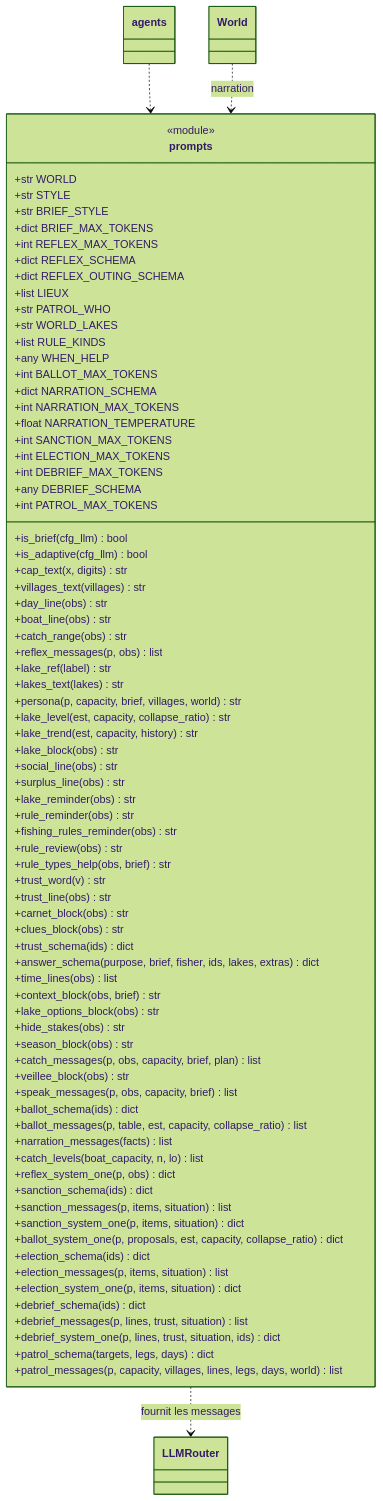
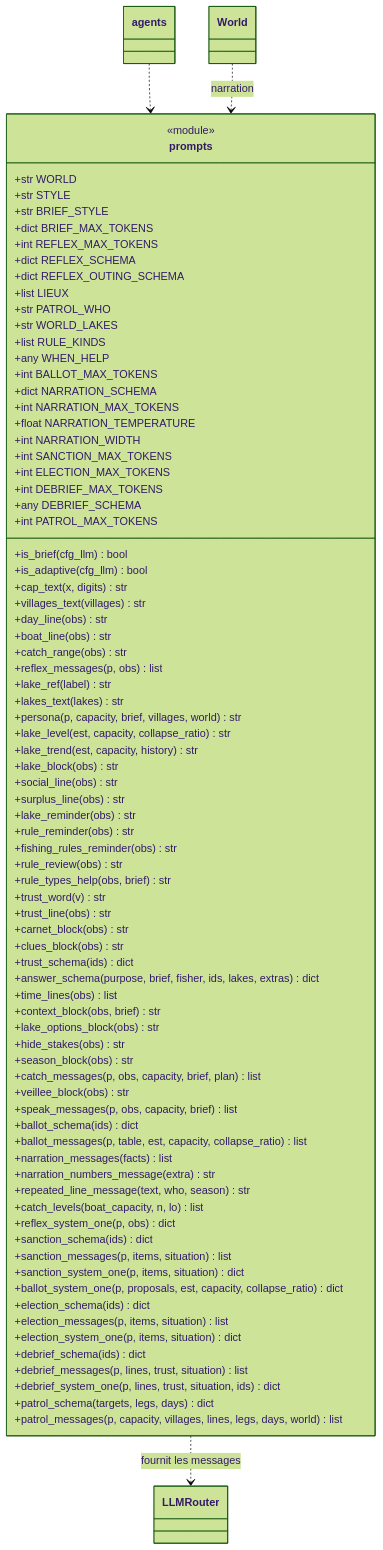
The second of 5 diagrams in docs/uml/classes-decisions.md (Romain-LM-Dev/Projet-Parcours---Filets-de-Vellmor), drawn with Mermaid (forest theme) before and after one commit. The commit also changed other lines of this file and 16 other files, not shown here.

```diff
--- a/docs/uml/classes-decisions.md
+++ b/docs/uml/classes-decisions.md
@@ -151,6 +151,7 @@
         +dict NARRATION_SCHEMA
         +int NARRATION_MAX_TOKENS
         +float NARRATION_TEMPERATURE
+        +int NARRATION_WIDTH
         +int SANCTION_MAX_TOKENS
         +int ELECTION_MAX_TOKENS
         +int DEBRIEF_MAX_TOKENS
@@ -194,6 +195,8 @@
         +ballot_schema(ids) dict
         +ballot_messages(p, table, est, capacity, collapse_ratio) list
         +narration_messages(facts) list
+        +narration_numbers_message(extra) str
+        +repeated_line_message(text, who, season) str
         +catch_levels(boat_capacity, n, lo) list
         +reflex_system_one(p, obs) dict
         +sanction_schema(ids) dict
```
